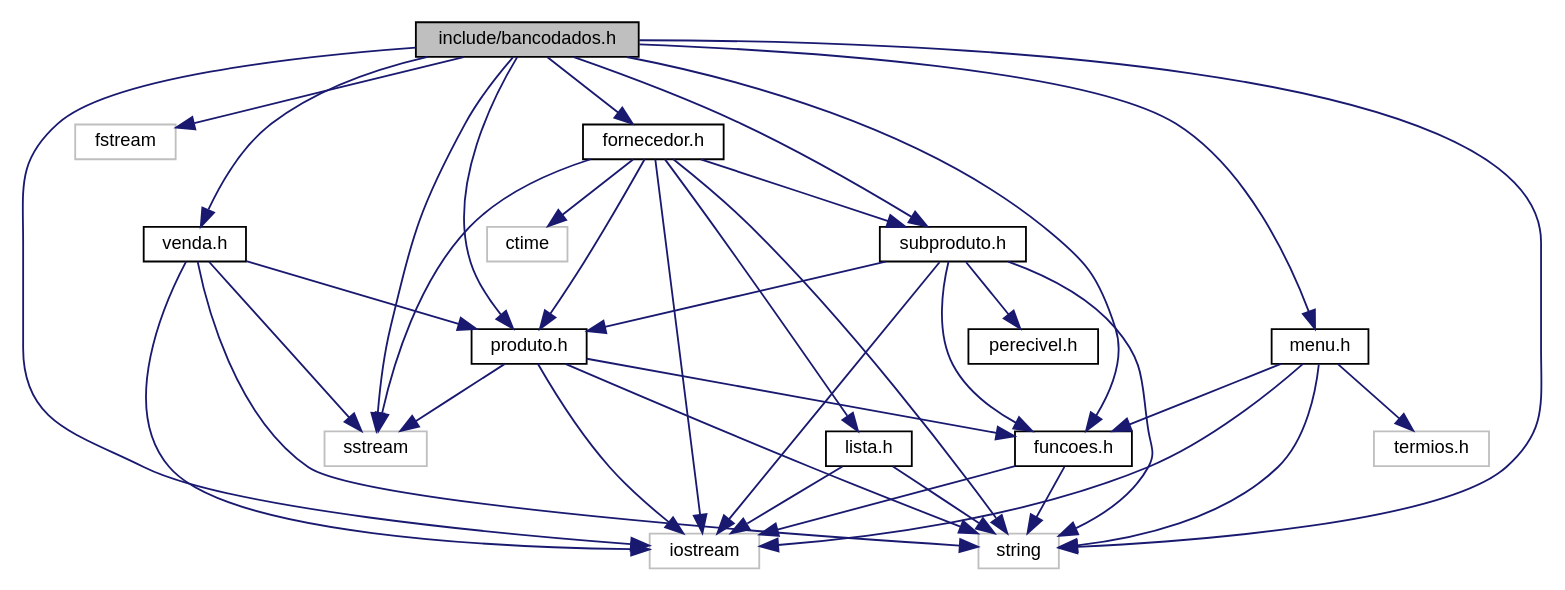
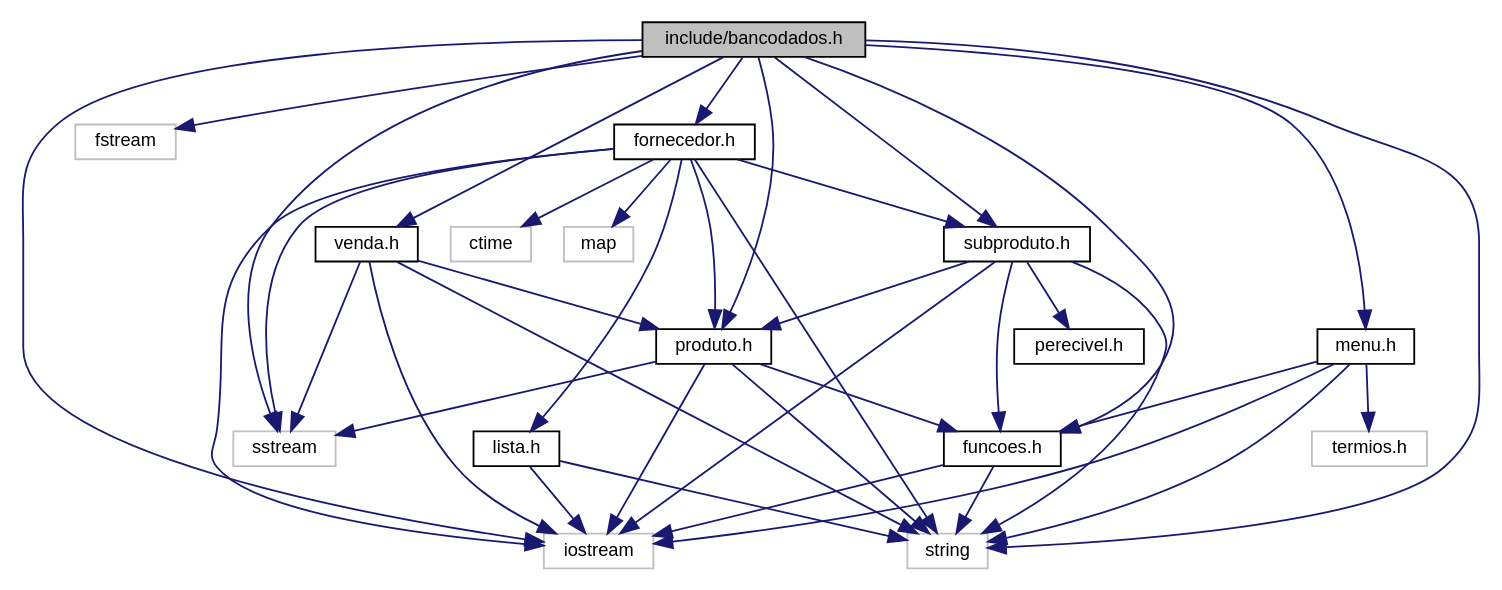
One commit to EduardoRique/Projeto3-lp1 changed the diagram in doc/bancodados_8h__incl.dot. Above: the diagram before and after it, drawn with Graphviz. The commit also changed 101 other files, not shown here.

```diff
--- a/doc/bancodados_8h__incl.dot
+++ b/doc/bancodados_8h__incl.dot
@@ -1,58 +1,60 @@
 digraph "include/bancodados.h"
 {
   edge [fontname="Helvetica",fontsize="10",labelfontname="Helvetica",labelfontsize="10"];
   node [fontname="Helvetica",fontsize="10",shape=record];
   Node1 [label="include/bancodados.h",height=0.2,width=0.4,color="black", fillcolor="grey75", style="filled" fontcolor="black"];
   Node1 -> Node2 [color="midnightblue",fontsize="10",style="solid",fontname="Helvetica"];
   Node2 [label="iostream",height=0.2,width=0.4,color="grey75", fillcolor="white", style="filled"];
   Node1 -> Node3 [color="midnightblue",fontsize="10",style="solid",fontname="Helvetica"];
   Node3 [label="fstream",height=0.2,width=0.4,color="grey75", fillcolor="white", style="filled"];
   Node1 -> Node4 [color="midnightblue",fontsize="10",style="solid",fontname="Helvetica"];
   Node4 [label="string",height=0.2,width=0.4,color="grey75", fillcolor="white", style="filled"];
   Node1 -> Node5 [color="midnightblue",fontsize="10",style="solid",fontname="Helvetica"];
   Node5 [label="sstream",height=0.2,width=0.4,color="grey75", fillcolor="white", style="filled"];
   Node1 -> Node6 [color="midnightblue",fontsize="10",style="solid",fontname="Helvetica"];
   Node6 [label="fornecedor.h",height=0.2,width=0.4,color="black", fillcolor="white", style="filled",URL="$fornecedor_8h.html",tooltip="Definição da classe Fornecedor. "];
   Node6 -> Node2 [color="midnightblue",fontsize="10",style="solid",fontname="Helvetica"];
   Node6 -> Node7 [color="midnightblue",fontsize="10",style="solid",fontname="Helvetica"];
   Node7 [label="ctime",height=0.2,width=0.4,color="grey75", fillcolor="white", style="filled"];
+  Node6 -> Node8 [color="midnightblue",fontsize="10",style="solid",fontname="Helvetica"];
+  Node8 [label="map",height=0.2,width=0.4,color="grey75", fillcolor="white", style="filled"];
   Node6 -> Node4 [color="midnightblue",fontsize="10",style="solid",fontname="Helvetica"];
   Node6 -> Node5 [color="midnightblue",fontsize="10",style="solid",fontname="Helvetica"];
-  Node6 -> Node8 [color="midnightblue",fontsize="10",style="solid",fontname="Helvetica"];
-  Node8 [label="produto.h",height=0.2,width=0.4,color="black", fillcolor="white", style="filled",URL="$produto_8h.html",tooltip="Definição da classe Produto. "];
-  Node8 -> Node2 [color="midnightblue",fontsize="10",style="solid",fontname="Helvetica"];
-  Node8 -> Node4 [color="midnightblue",fontsize="10",style="solid",fontname="Helvetica"];
-  Node8 -> Node5 [color="midnightblue",fontsize="10",style="solid",fontname="Helvetica"];
-  Node8 -> Node9 [color="midnightblue",fontsize="10",style="solid",fontname="Helvetica"];
-  Node9 [label="funcoes.h",height=0.2,width=0.4,color="black", fillcolor="white", style="filled",URL="$funcoes_8h.html",tooltip="Arquivo de cabeçalho com a definição de funções auxiliares para a entrada de dados. "];
+  Node6 -> Node9 [color="midnightblue",fontsize="10",style="solid",fontname="Helvetica"];
+  Node9 [label="produto.h",height=0.2,width=0.4,color="black", fillcolor="white", style="filled",URL="$produto_8h.html",tooltip="Definição da classe Produto. "];
   Node9 -> Node2 [color="midnightblue",fontsize="10",style="solid",fontname="Helvetica"];
   Node9 -> Node4 [color="midnightblue",fontsize="10",style="solid",fontname="Helvetica"];
-  Node6 -> Node10 [color="midnightblue",fontsize="10",style="solid",fontname="Helvetica"];
-  Node10 [label="subproduto.h",height=0.2,width=0.4,color="black", fillcolor="white", style="filled",URL="$subproduto_8h.html",tooltip="Definição das classe derivadas de Produto. "];
+  Node9 -> Node5 [color="midnightblue",fontsize="10",style="solid",fontname="Helvetica"];
+  Node9 -> Node10 [color="midnightblue",fontsize="10",style="solid",fontname="Helvetica"];
+  Node10 [label="funcoes.h",height=0.2,width=0.4,color="black", fillcolor="white", style="filled",URL="$funcoes_8h.html",tooltip="Arquivo de cabeçalho com a definição de funções auxiliares para a entrada de dados. "];
   Node10 -> Node2 [color="midnightblue",fontsize="10",style="solid",fontname="Helvetica"];
   Node10 -> Node4 [color="midnightblue",fontsize="10",style="solid",fontname="Helvetica"];
-  Node10 -> Node8 [color="midnightblue",fontsize="10",style="solid",fontname="Helvetica"];
-  Node10 -> Node11 [color="midnightblue",fontsize="10",style="solid",fontname="Helvetica"];
-  Node11 [label="perecivel.h",height=0.2,width=0.4,color="black", fillcolor="white", style="filled",URL="$perecivel_8h.html",tooltip="Definição da classe Perecivel. "];
-  Node10 -> Node9 [color="midnightblue",fontsize="10",style="solid",fontname="Helvetica"];
-  Node6 -> Node12 [color="midnightblue",fontsize="10",style="solid",fontname="Helvetica"];
-  Node12 [label="lista.h",height=0.2,width=0.4,color="black", fillcolor="white", style="filled",URL="$lista_8h.html",tooltip="Definição da classe Lista. "];
-  Node12 -> Node2 [color="midnightblue",fontsize="10",style="solid",fontname="Helvetica"];
-  Node12 -> Node4 [color="midnightblue",fontsize="10",style="solid",fontname="Helvetica"];
-  Node1 -> Node8 [color="midnightblue",fontsize="10",style="solid",fontname="Helvetica"];
-  Node1 -> Node10 [color="midnightblue",fontsize="10",style="solid",fontname="Helvetica"];
-  Node1 -> Node13 [color="midnightblue",fontsize="10",style="solid",fontname="Helvetica"];
-  Node13 [label="venda.h",height=0.2,width=0.4,color="black", fillcolor="white", style="filled",URL="$venda_8h.html",tooltip="Definição da classe Venda. "];
+  Node6 -> Node11 [color="midnightblue",fontsize="10",style="solid",fontname="Helvetica"];
+  Node11 [label="subproduto.h",height=0.2,width=0.4,color="black", fillcolor="white", style="filled",URL="$subproduto_8h.html",tooltip="Definição das classe derivadas de Produto. "];
+  Node11 -> Node2 [color="midnightblue",fontsize="10",style="solid",fontname="Helvetica"];
+  Node11 -> Node4 [color="midnightblue",fontsize="10",style="solid",fontname="Helvetica"];
+  Node11 -> Node9 [color="midnightblue",fontsize="10",style="solid",fontname="Helvetica"];
+  Node11 -> Node12 [color="midnightblue",fontsize="10",style="solid",fontname="Helvetica"];
+  Node12 [label="perecivel.h",height=0.2,width=0.4,color="black", fillcolor="white", style="filled",URL="$perecivel_8h.html",tooltip="Definição da classe Perecivel. "];
+  Node11 -> Node10 [color="midnightblue",fontsize="10",style="solid",fontname="Helvetica"];
+  Node6 -> Node13 [color="midnightblue",fontsize="10",style="solid",fontname="Helvetica"];
+  Node13 [label="lista.h",height=0.2,width=0.4,color="black", fillcolor="white", style="filled",URL="$lista_8h.html",tooltip="Definição da classe Lista. "];
   Node13 -> Node2 [color="midnightblue",fontsize="10",style="solid",fontname="Helvetica"];
   Node13 -> Node4 [color="midnightblue",fontsize="10",style="solid",fontname="Helvetica"];
-  Node13 -> Node5 [color="midnightblue",fontsize="10",style="solid",fontname="Helvetica"];
-  Node13 -> Node8 [color="midnightblue",fontsize="10",style="solid",fontname="Helvetica"];
   Node1 -> Node9 [color="midnightblue",fontsize="10",style="solid",fontname="Helvetica"];
+  Node1 -> Node11 [color="midnightblue",fontsize="10",style="solid",fontname="Helvetica"];
   Node1 -> Node14 [color="midnightblue",fontsize="10",style="solid",fontname="Helvetica"];
-  Node14 [label="menu.h",height=0.2,width=0.4,color="black", fillcolor="white", style="filled",URL="$menu_8h.html",tooltip="Arquivo de cabeçalho com a definição de funções para o menu. "];
+  Node14 [label="venda.h",height=0.2,width=0.4,color="black", fillcolor="white", style="filled",URL="$venda_8h.html",tooltip="Definição da classe Venda. "];
   Node14 -> Node2 [color="midnightblue",fontsize="10",style="solid",fontname="Helvetica"];
   Node14 -> Node4 [color="midnightblue",fontsize="10",style="solid",fontname="Helvetica"];
-  Node14 -> Node15 [color="midnightblue",fontsize="10",style="solid",fontname="Helvetica"];
-  Node15 [label="termios.h",height=0.2,width=0.4,color="grey75", fillcolor="white", style="filled"];
+  Node14 -> Node5 [color="midnightblue",fontsize="10",style="solid",fontname="Helvetica"];
   Node14 -> Node9 [color="midnightblue",fontsize="10",style="solid",fontname="Helvetica"];
+  Node1 -> Node10 [color="midnightblue",fontsize="10",style="solid",fontname="Helvetica"];
+  Node1 -> Node15 [color="midnightblue",fontsize="10",style="solid",fontname="Helvetica"];
+  Node15 [label="menu.h",height=0.2,width=0.4,color="black", fillcolor="white", style="filled",URL="$menu_8h.html",tooltip="Arquivo de cabeçalho com a definição de funções para o menu. "];
+  Node15 -> Node2 [color="midnightblue",fontsize="10",style="solid",fontname="Helvetica"];
+  Node15 -> Node4 [color="midnightblue",fontsize="10",style="solid",fontname="Helvetica"];
+  Node15 -> Node16 [color="midnightblue",fontsize="10",style="solid",fontname="Helvetica"];
+  Node16 [label="termios.h",height=0.2,width=0.4,color="grey75", fillcolor="white", style="filled"];
+  Node15 -> Node10 [color="midnightblue",fontsize="10",style="solid",fontname="Helvetica"];
 }
```
